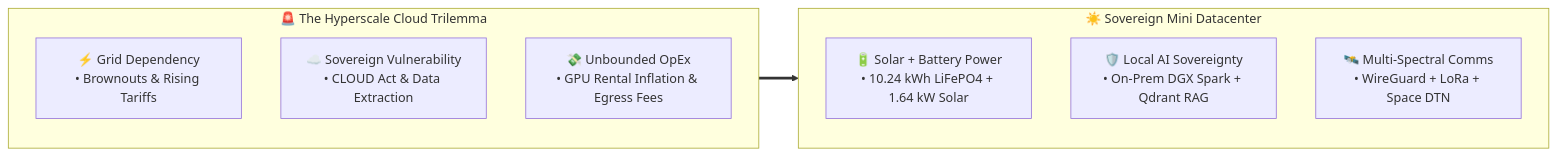
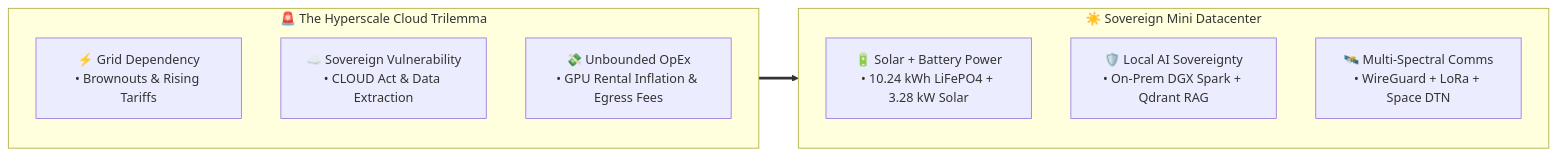
Before and after one commit to iliachry/sovereign-mini-datacenter: the first of 5 diagrams in COMMERCIALIZATION.md, drawn with Mermaid. The commit also changed other lines of this file and 21 other files, not shown here.

````diff
--- a/COMMERCIALIZATION.md
+++ b/COMMERCIALIZATION.md
@@ -15,16 +15,16 @@
 ```mermaid
 flowchart LR
     subgraph Problem["🚨 The Hyperscale Cloud Trilemma"]
         P1["⚡ Grid Dependency<br/>• Brownouts & Rising Tariffs"]
         P2["☁️ Sovereign Vulnerability<br/>• CLOUD Act & Data Extraction"]
         P3["💸 Unbounded OpEx<br/>• GPU Rental Inflation & Egress Fees"]
     end
 
     subgraph Solution["☀️ Sovereign Mini Datacenter"]
-        S1["🔋 Solar + Battery Power<br/>• 10.24 kWh LiFePO4 + 1.64 kW Solar"]
+        S1["🔋 Solar + Battery Power<br/>• 10.24 kWh LiFePO4 + 3.28 kW Solar"]
         S2["🛡️ Local AI Sovereignty<br/>• On-Prem DGX Spark + Qdrant RAG"]
         S3["🛰️ Multi-Spectral Comms<br/>• WireGuard + LoRa + Space DTN"]
     end
 
     Problem ==> Solution
 ```
````
